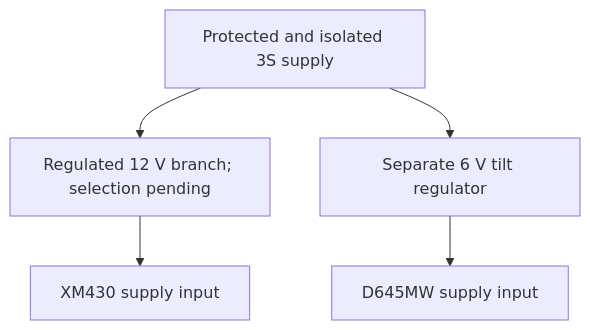
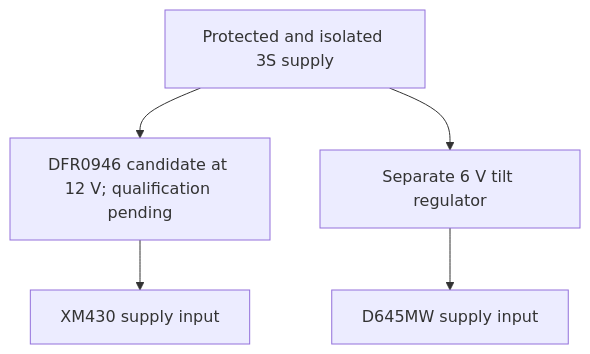
One commit to Umair-Coder124/RoverBuddy-X1-verified changed the second of 3 diagrams in docs/WIRING.md. Above: the diagram before and after it, drawn with Mermaid. The commit also changed other lines of this file and 3 other files, not shown here.

Commit message:
Budget pan supply candidate and document bench qualification gates

````diff
--- a/docs/WIRING.md
+++ b/docs/WIRING.md
@@ -34,7 +34,7 @@
 ```mermaid
 flowchart TD
-    PACK["Protected and isolated 3S supply"] --> PANREG["Regulated 12 V branch; selection pending"]
+    PACK["Protected and isolated 3S supply"] --> PANREG["DFR0946 candidate at 12 V; qualification pending"]
     PACK --> TILTREG["Separate 6 V tilt regulator"]
     PANREG --> PAN["XM430 supply input"]
     TILTREG --> TILT["D645MW supply input"]
 ```
````
